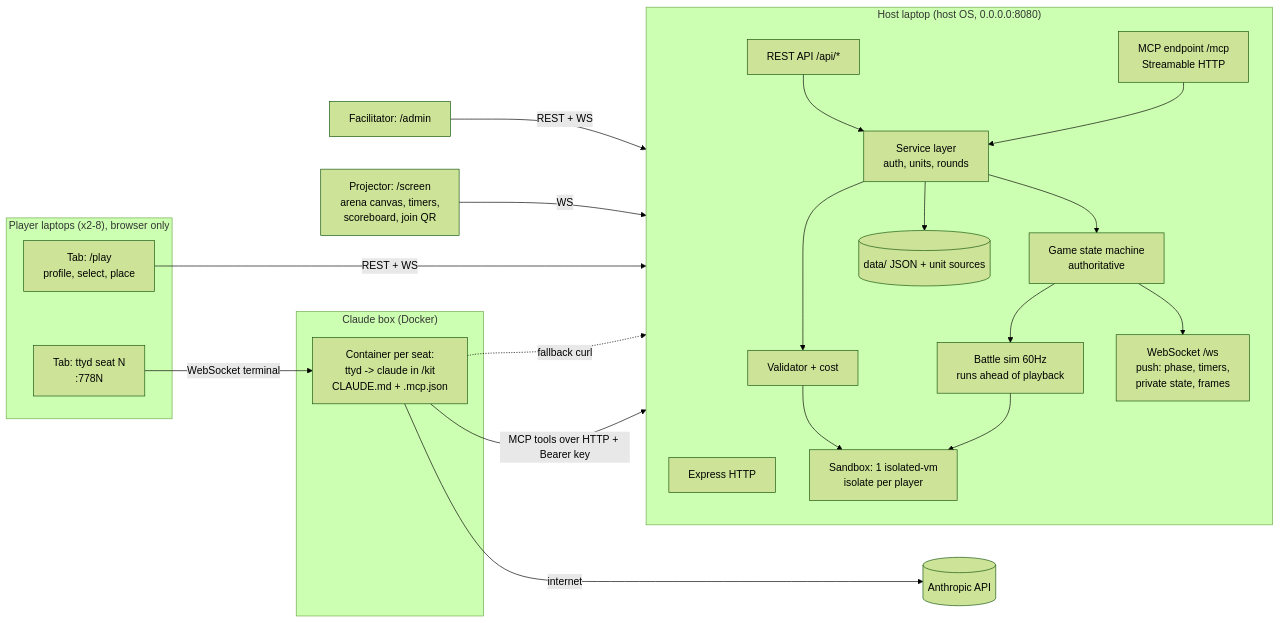
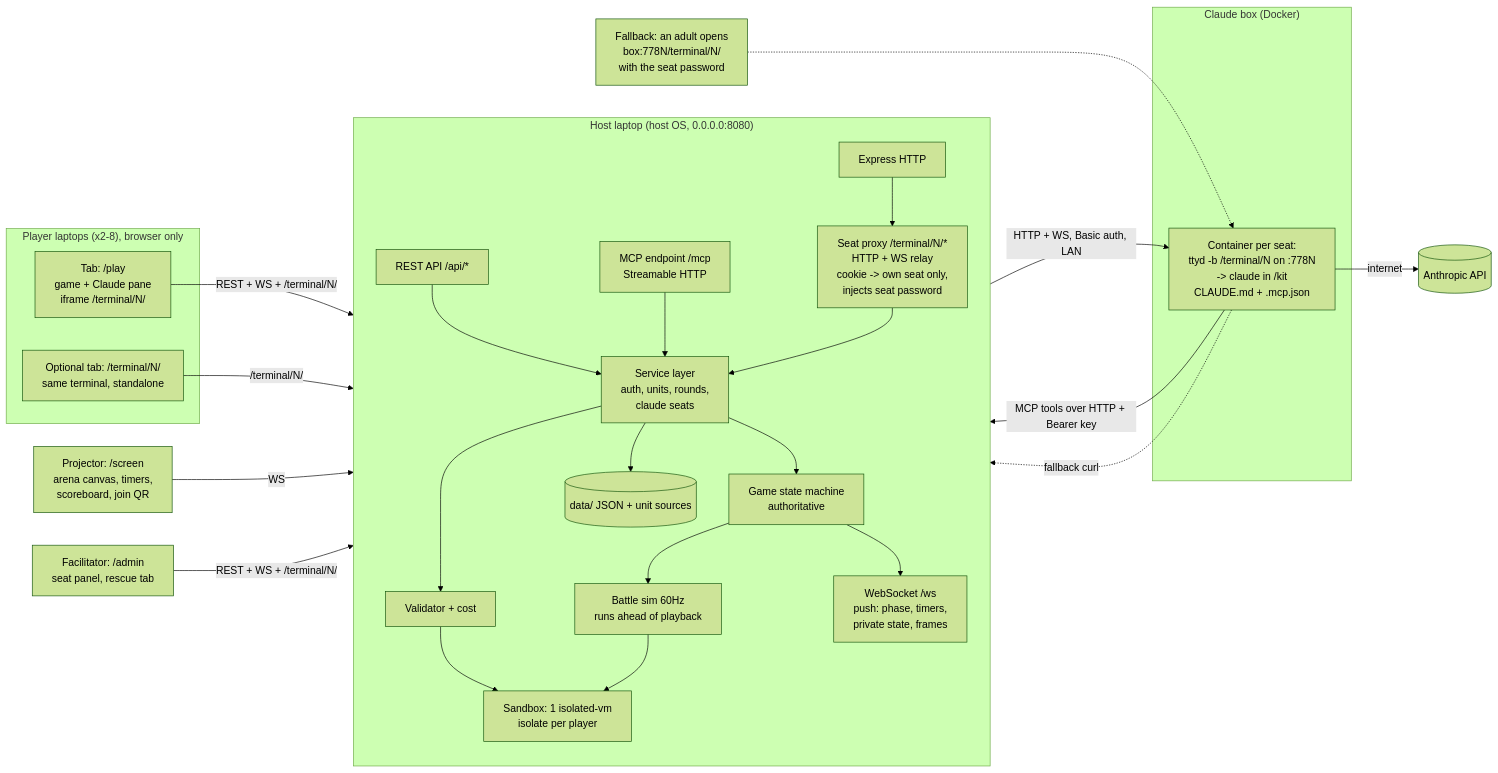
One commit to redging-very-well/ai-coding-arena changed the first of 2 diagrams in plan.md. Above: the diagram before and after it, drawn with Mermaid (forest theme). The commit also changed other lines of this file, not shown here.

First line of the commit message:
Spec embedded Claude seat terminals

````diff
--- a/plan.md
+++ b/plan.md
@@ -34,39 +34,44 @@
 ```mermaid
 flowchart LR
   subgraph PLAYERS["Player laptops (x2-8), browser only"]
-    PB[Tab: /play<br/>profile, select, place]
-    TT[Tab: ttyd seat N<br/>:778N]
+    PB[Tab: /play<br/>game + Claude pane<br/>iframe /terminal/N/]
+    TT[Optional tab: /terminal/N/<br/>same terminal, standalone]
   end
   subgraph CBOX["Claude box (Docker)"]
-    CC[Container per seat:<br/>ttyd -> claude in /kit<br/>CLAUDE.md + .mcp.json]
+    CC[Container per seat:<br/>ttyd -b /terminal/N on :778N<br/>-> claude in /kit<br/>CLAUDE.md + .mcp.json]
   end
-  TT -- WebSocket terminal --> CC
   subgraph HOST["Host laptop (host OS, 0.0.0.0:8080)"]
     direction TB
     HTTP[Express HTTP]
     REST[REST API /api/*]
     MCP[MCP endpoint /mcp<br/>Streamable HTTP]
     WS[WebSocket /ws<br/>push: phase, timers,<br/>private state, frames]
-    SVC[Service layer<br/>auth, units, rounds]
+    TPX[Seat proxy /terminal/N/*<br/>HTTP + WS relay<br/>cookie -> own seat only,<br/>injects seat password]
+    SVC[Service layer<br/>auth, units, rounds,<br/>claude seats]
     SM[Game state machine<br/>authoritative]
     VAL[Validator + cost]
     SIM[Battle sim 60Hz<br/>runs ahead of playback]
     SBX[Sandbox: 1 isolated-vm<br/>isolate per player]
     STORE[(data/ JSON + unit sources)]
     REST --> SVC
     MCP --> SVC
+    TPX --> SVC
     SVC --> SM
     SVC --> VAL --> SBX
     SM --> SIM --> SBX
     SM --> WS
     SVC --> STORE
   end
   PROJ[Projector: /screen<br/>arena canvas, timers,<br/>scoreboard, join QR]
-  ADMIN[Facilitator: /admin]
+  ADMIN[Facilitator: /admin<br/>seat panel, rescue tab]
+  PB -- REST + WS + /terminal/N/ --> HTTP
+  TT -- /terminal/N/ --> HTTP
+  HTTP --> TPX
+  TPX -- HTTP + WS, Basic auth, LAN --> CC
   CC -- MCP tools over HTTP + Bearer key --> MCP
   CC -. fallback curl .-> REST
-  PB -- REST + WS --> HTTP
   PROJ -- WS --> HTTP
-  ADMIN -- REST + WS --> HTTP
+  ADMIN -- REST + WS + /terminal/N/ --> HTTP
+  FB[Fallback: an adult opens<br/>box:778N/terminal/N/<br/>with the seat password] -.-> CC
   CC -- internet --> ANTH[(Anthropic API)]
 ```
````
